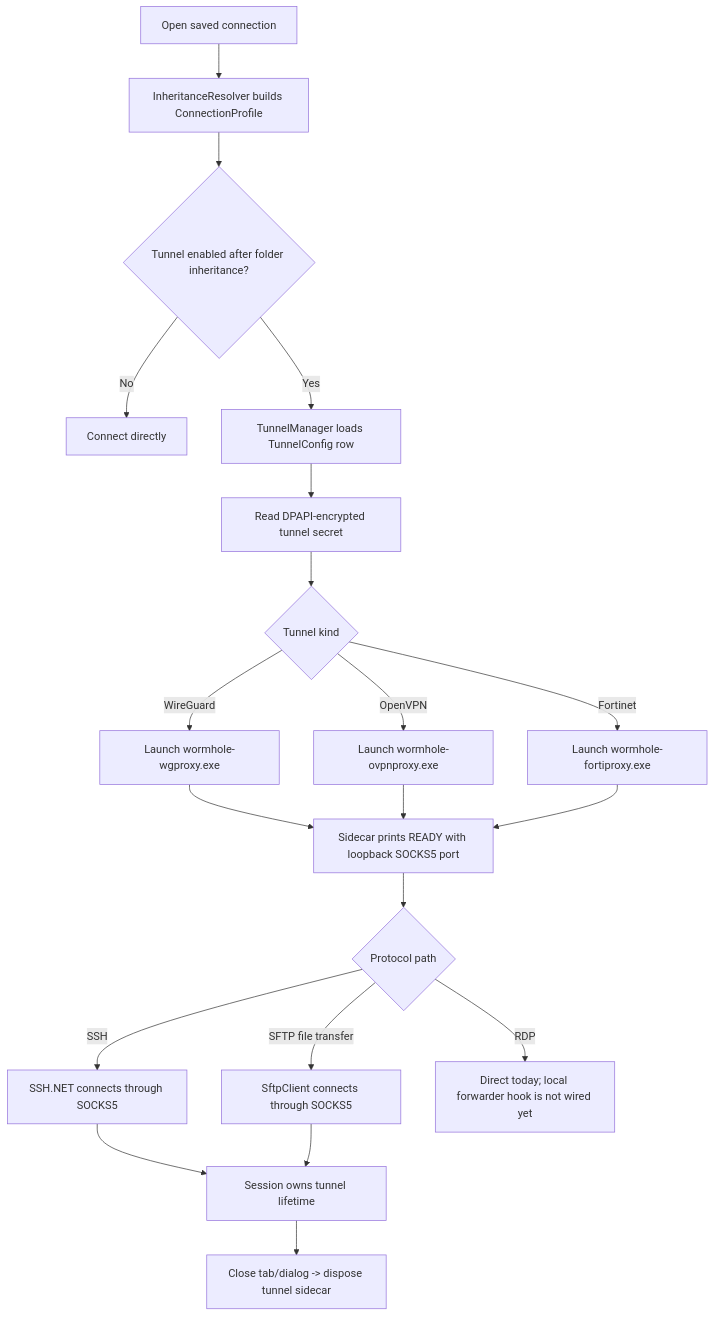
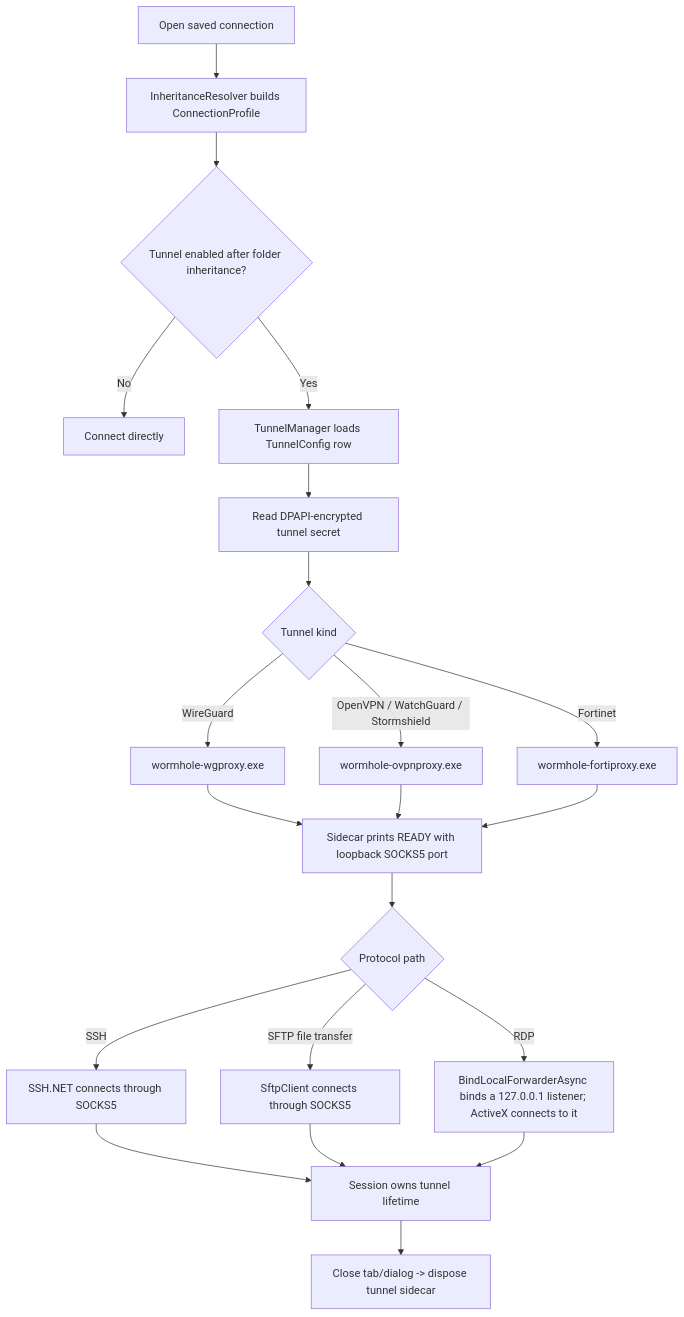
The diagram in README.md (xBounceIT/wormhole), drawn with Mermaid before and after one commit. The commit also changed other lines of this file and 1 other file, not shown here.

````diff
--- a/README.md
+++ b/README.md
@@ -66,22 +90,23 @@
 ```mermaid
 flowchart TD
     A["Open saved connection"] --> B["InheritanceResolver builds ConnectionProfile"]
     B --> C{"Tunnel enabled after folder inheritance?"}
     C -- "No" --> D["Connect directly"]
     C -- "Yes" --> E["TunnelManager loads TunnelConfig row"]
     E --> F["Read DPAPI-encrypted tunnel secret"]
     F --> G{"Tunnel kind"}
-    G -- "WireGuard" --> H["Launch wormhole-wgproxy.exe"]
-    G -- "OpenVPN" --> I["Launch wormhole-ovpnproxy.exe"]
-    G -- "Fortinet" --> J["Launch wormhole-fortiproxy.exe"]
+    G -- "WireGuard" --> H["wormhole-wgproxy.exe"]
+    G -- "OpenVPN / WatchGuard / Stormshield" --> I["wormhole-ovpnproxy.exe"]
+    G -- "Fortinet" --> J["wormhole-fortiproxy.exe"]
     H --> K["Sidecar prints READY with loopback SOCKS5 port"]
     I --> K
     J --> K
     K --> L{"Protocol path"}
     L -- "SSH" --> M["SSH.NET connects through SOCKS5"]
     L -- "SFTP file transfer" --> N["SftpClient connects through SOCKS5"]
-    L -- "RDP" --> O["Direct today; local forwarder hook is not wired yet"]
+    L -- "RDP" --> O["BindLocalForwarderAsync binds a 127.0.0.1 listener; ActiveX connects to it"]
     M --> P["Session owns tunnel lifetime"]
     N --> P
+    O --> P
     P --> Q["Close tab/dialog -> dispose tunnel sidecar"]
 ```
````
